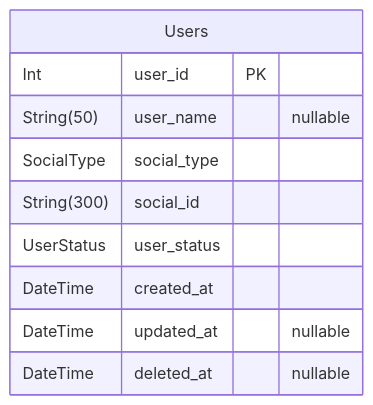
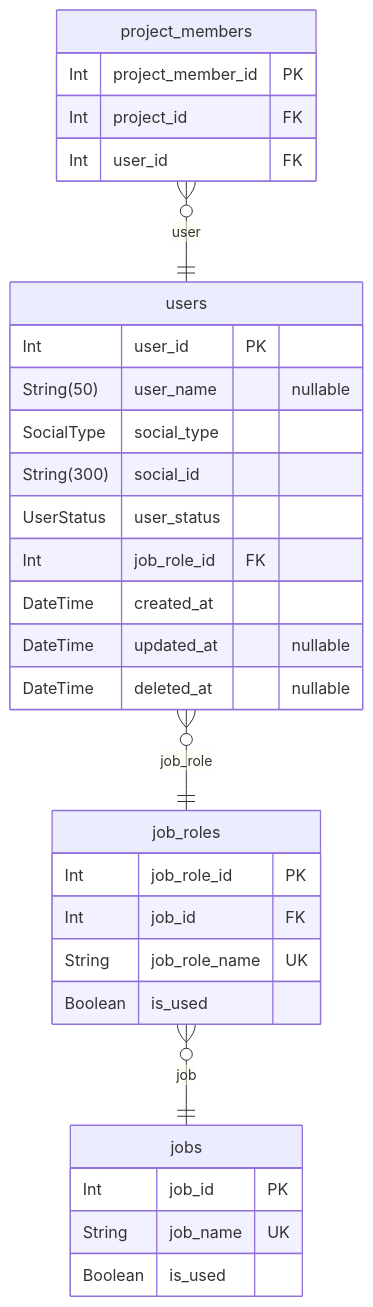
The third of 4 diagrams in prisma/ERD.md (723poil/nestjs-fastify-practice), drawn with Mermaid before and after one commit. The commit also changed other lines of this file and 14 other files, not shown here.

Commit message:
update erd

````diff
--- a/prisma/ERD.md
+++ b/prisma/ERD.md
@@ -52,13 +172,33 @@
 ```mermaid
 erDiagram
-"Users" {
+"users" {
   Int user_id PK
   String(50) user_name "nullable"
   SocialType social_type
   String(300) social_id
   UserStatus user_status
+  Int job_role_id FK
   DateTime created_at
   DateTime updated_at "nullable"
   DateTime deleted_at "nullable"
 }
+"jobs" {
+  Int job_id PK
+  String job_name UK
+  Boolean is_used
+}
+"job_roles" {
+  Int job_role_id PK
+  Int job_id FK
+  String job_role_name UK
+  Boolean is_used
+}
+"project_members" {
+  Int project_member_id PK
+  Int project_id FK
+  Int user_id FK
+}
+"users" }o--|| "job_roles" : job_role
+"job_roles" }o--|| "jobs" : job
+"project_members" }o--|| "users" : user
 ```
````
